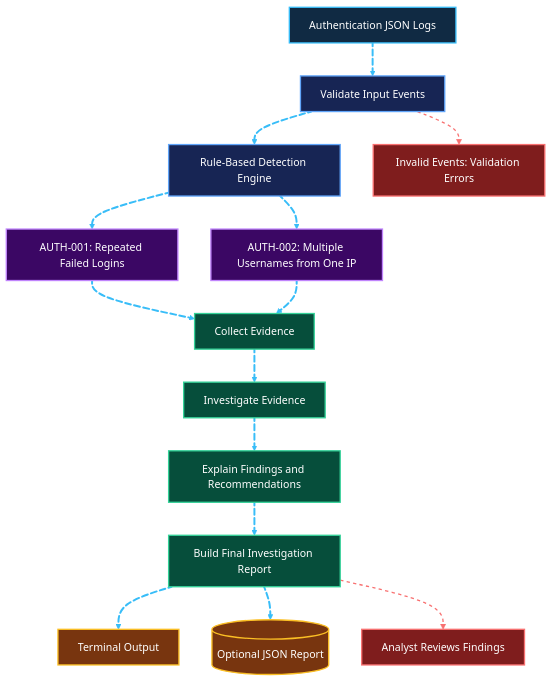
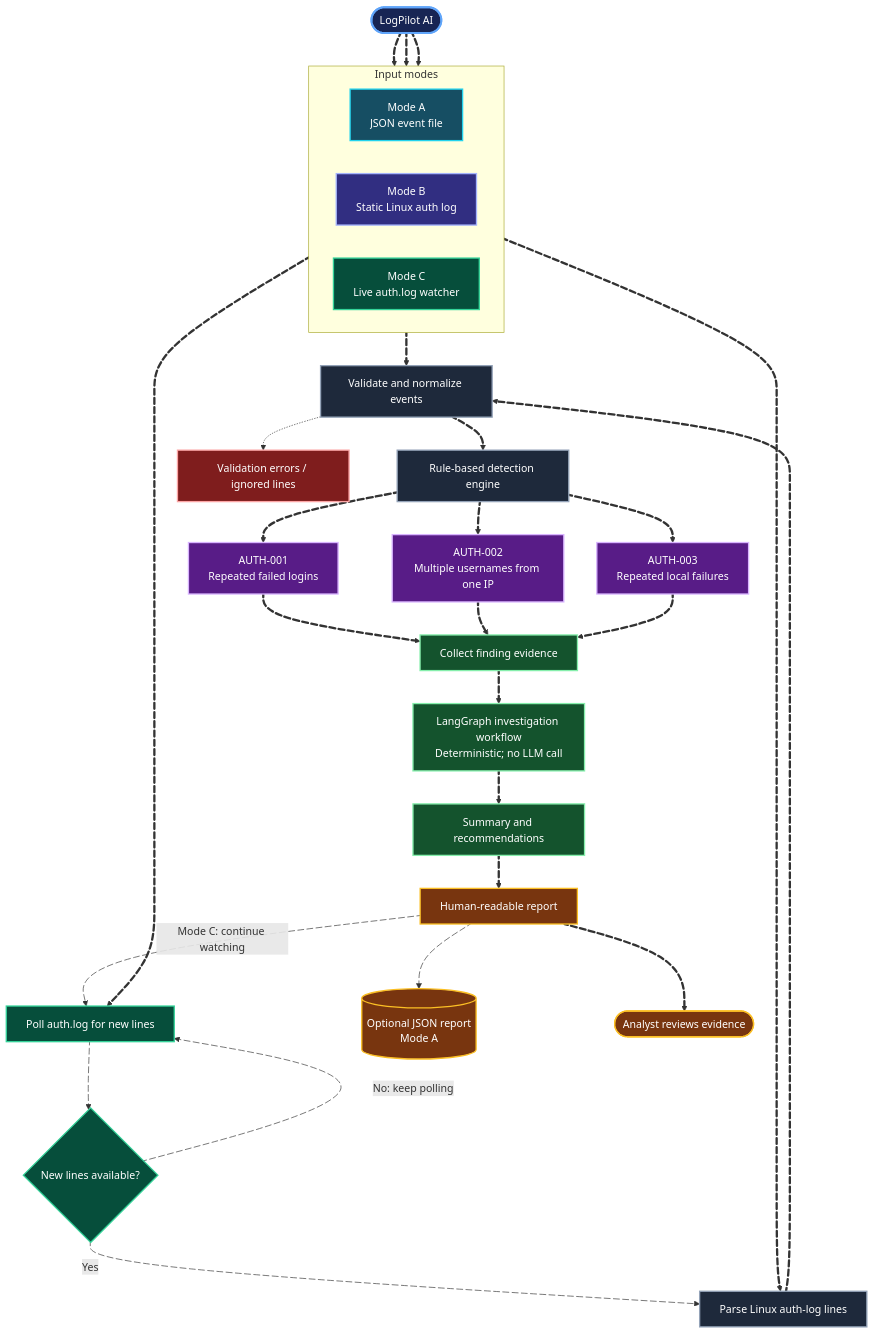
One commit to CyberSecTober/Cybersectober changed the diagram in ai-security/tools/priyanshi17112007-logpilot-ai/README.md. Above: the diagram before and after it, drawn with Mermaid. The commit also changed other lines of this file and 8 other files, not shown here.

Commit message:
feat: add LogPilot AI authentication log monitor

````diff
--- a/ai-security/tools/priyanshi17112007-logpilot-ai/README.md
+++ b/ai-security/tools/priyanshi17112007-logpilot-ai/README.md
@@ -41,23 +42,56 @@
 ```mermaid
 flowchart TD
-    A["Authentication JSON Logs"] e1@==> B["Validate Input Events"]
-    B e2@==> C["Rule-Based Detection Engine"]
+    S([LogPilot AI])
 
-    C e3@==> D["AUTH-001: Repeated Failed Logins"]
-    C e4@==> E["AUTH-002: Multiple Usernames from One IP"]
+    subgraph MODES[Input modes]
+        direction LR
+        A["Mode A<br/>JSON event file"]
+        B["Mode B<br/>Static Linux auth log"]
+        C["Mode C<br/>Live auth.log watcher"]
+    end
 
-    D e5@==> F["Collect Evidence"]
-    E e6@==> F
+    V["Validate and normalize events"]
+    P["Parse Linux auth-log lines"]
+    T["Poll auth.log for new lines"]
+    Q{"New lines available?"}
+    D["Rule-based detection engine"]
 
-    F e7@==> G["Investigate Evidence"]
-    G e8@==> H["Explain Findings and Recommendations"]
-    H e9@==> I["Build Final Investigation Report"]
+    R1["AUTH-001<br/>Repeated failed logins"]
+    R2["AUTH-002<br/>Multiple usernames from one IP"]
+    R3["AUTH-003<br/>Repeated local failures"]
 
-    I e10@==> J["Terminal Output"]
-    I e11@==> K[("Optional JSON Report")]
+    E["Collect finding evidence"]
+    G["LangGraph investigation workflow<br/>Deterministic; no LLM call"]
+    H["Summary and recommendations"]
+    O["Human-readable report"]
+    J[("Optional JSON report<br/>Mode A")]
+    X["Validation errors / ignored lines"]
+    U([Analyst reviews evidence])
 
-    B -.-> L["Invalid Events: Validation Errors"]
-    I -.-> M["Analyst Reviews Findings"]
+    S e1@==> A
+    S e2@==> B
+    S e3@==> C
+    A e4@==> V
+    B e5@==> P
+    C e6@==> T
+    T e7@--> Q
+    Q e8@-->|Yes| P
+    Q e9@-->|No: keep polling| T
+    P e10@==> V
+    V e11@==> D
+    D e12@==> R1
+    D e13@==> R2
+    D e14@==> R3
+    R1 e15@==> E
+    R2 e16@==> E
+    R3 e17@==> E
+    E e18@==> G
+    G e19@==> H
+    H e20@==> O
+    O e21@==> U
+    O e22@--> J
+    V -.-> X
+    O e23@-->|Mode C: continue watching| T
 
     e1@{ animation: fast }
     e2@{ animation: fast }
@@ -70,21 +104,36 @@
     e9@{ animation: fast }
     e10@{ animation: fast }
     e11@{ animation: fast }
+    e12@{ animation: fast }
+    e13@{ animation: fast }
+    e14@{ animation: fast }
+    e15@{ animation: fast }
+    e16@{ animation: fast }
+    e17@{ animation: fast }
+    e18@{ animation: fast }
+    e19@{ animation: fast }
+    e20@{ animation: fast }
+    e21@{ animation: fast }
+    e22@{ animation: fast }
+    e23@{ animation: slow }
 
-    classDef input fill:#102A43,stroke:#38BDF8,color:#FFFFFF,stroke-width:2px
-    classDef process fill:#172554,stroke:#60A5FA,color:#FFFFFF,stroke-width:2px
-    classDef detection fill:#3B0764,stroke:#C084FC,color:#FFFFFF,stroke-width:2px
-    classDef investigation fill:#064E3B,stroke:#34D399,color:#FFFFFF,stroke-width:2px
+    classDef start fill:#172554,stroke:#60A5FA,color:#FFFFFF,stroke-width:3px
+    classDef modeA fill:#164E63,stroke:#22D3EE,color:#FFFFFF,stroke-width:2px
+    classDef modeB fill:#312E81,stroke:#A5B4FC,color:#FFFFFF,stroke-width:2px
+    classDef modeC fill:#064E3B,stroke:#34D399,color:#FFFFFF,stroke-width:2px
+    classDef process fill:#1E293B,stroke:#94A3B8,color:#FFFFFF,stroke-width:2px
+    classDef detection fill:#581C87,stroke:#D8B4FE,color:#FFFFFF,stroke-width:2px
+    classDef investigation fill:#14532D,stroke:#86EFAC,color:#FFFFFF,stroke-width:2px
     classDef output fill:#78350F,stroke:#FBBF24,color:#FFFFFF,stroke-width:2px
-    classDef warning fill:#7F1D1D,stroke:#F87171,color:#FFFFFF,stroke-width:2px
+    classDef warning fill:#7F1D1D,stroke:#FCA5A5,color:#FFFFFF,stroke-width:2px
 
-    class A input
-    class B,C process
-    class D,E detection
-    class F,G,H,I investigation
-    class J,K output
-    class L,M warning
-
-    linkStyle 0,1,2,3,4,5,6,7,8,9,10 stroke:#38BDF8,stroke-width:3px
-    linkStyle 11,12 stroke:#F87171,stroke-width:2px,stroke-dasharray:5 5
+    class S start
+    class A modeA
+    class B modeB
+    class C,T,Q modeC
+    class V,P,D process
+    class R1,R2,R3 detection
+    class E,G,H investigation
+    class O,J,U output
+    class X warning
 ```
````
